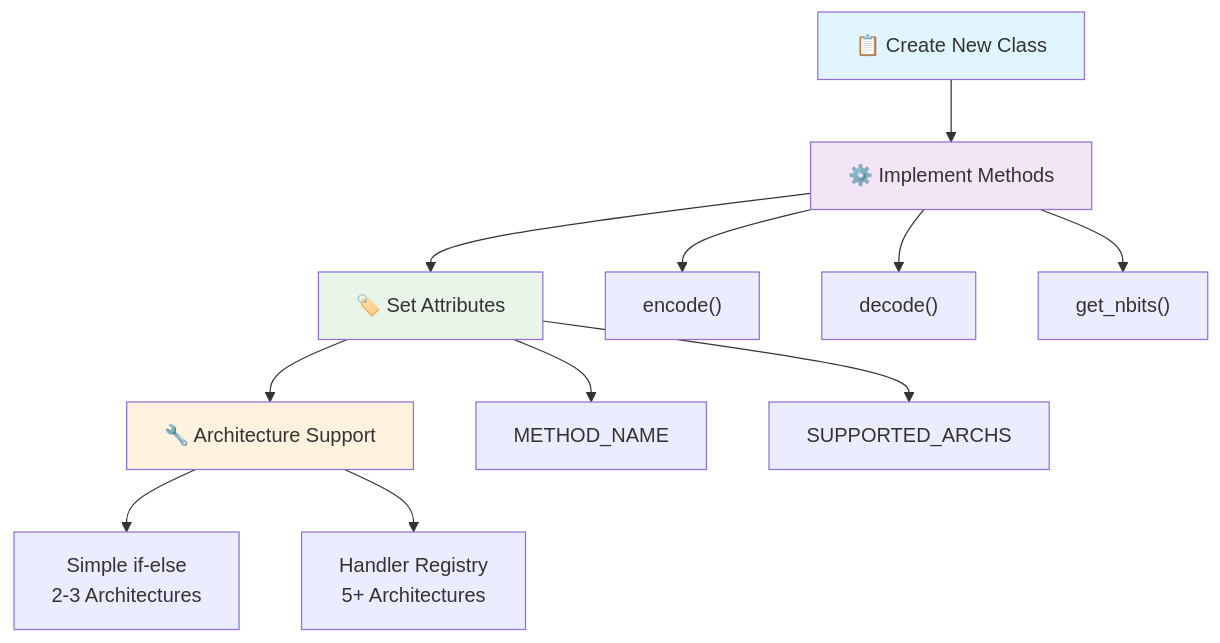
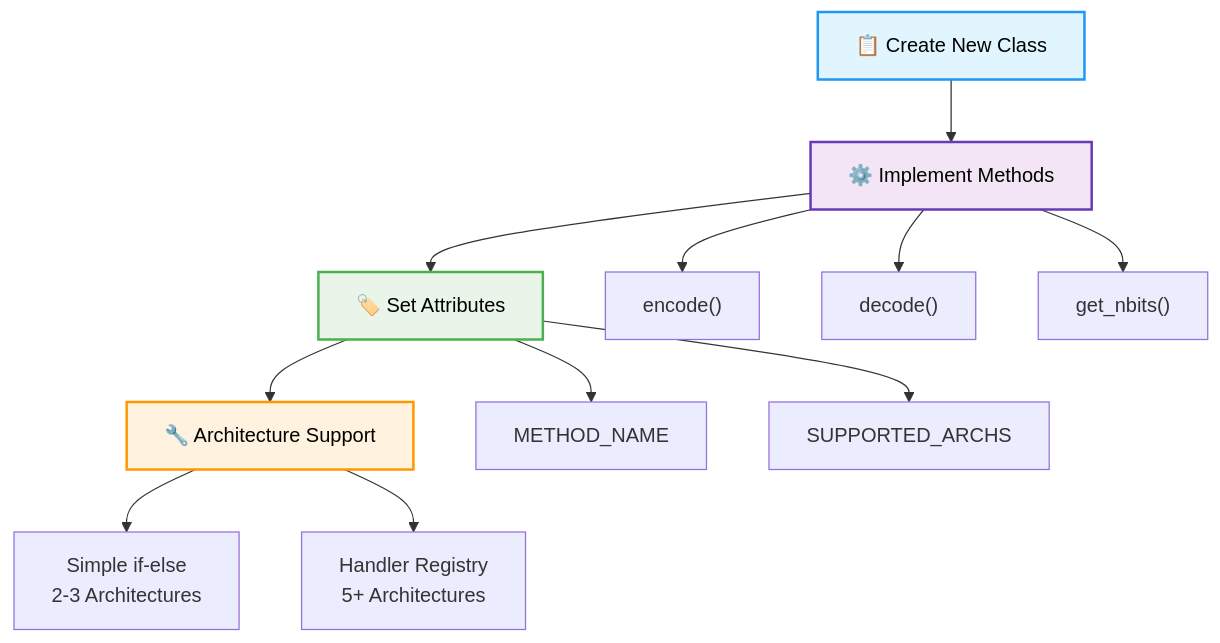
One commit to ylab-nsu/ws25-watermark changed the first of 3 diagrams in docs/HowToWatermarker.md. Above: the diagram before and after it, drawn with Mermaid. The commit also changed other lines of this file and 2 other files, not shown here.

````diff
--- a/docs/HowToWatermarker.md
+++ b/docs/HowToWatermarker.md
@@ -9,21 +9,25 @@
 ```mermaid
 graph TD
     A[📋 Create New Class] --> B[⚙️ Implement Methods]
     B --> C[🏷️ Set Attributes]
     C --> D[🔧 Architecture Support]
     
     B --> B1["encode()"]
     B --> B2["decode()"]
     B --> B3["get_nbits()"]
     
     C --> C1[METHOD_NAME]
     C --> C2[SUPPORTED_ARCHS]
     
     D --> D1[Simple if-else<br/>2-3 Architectures]
     D --> D2[Handler Registry<br/>5+ Architectures]
     
-    style A fill:#e1f5fe
-    style B fill:#f3e5f5
-    style C fill:#e8f5e8
-    style D fill:#fff3e0
+    style A fill:#e1f5fe, color:#000
+    style B fill:#f3e5f5, color:#000
+    style C fill:#e8f5e8, color:#000
+    style D fill:#fff3e0, color:#000
+    style A stroke:#2196f3, stroke-width:2px
+    style B stroke:#673ab7, stroke-width:2px
+    style C stroke:#4caf50, stroke-width:2px
+    style D stroke:#ff9800, stroke-width:2px
 ```
````
